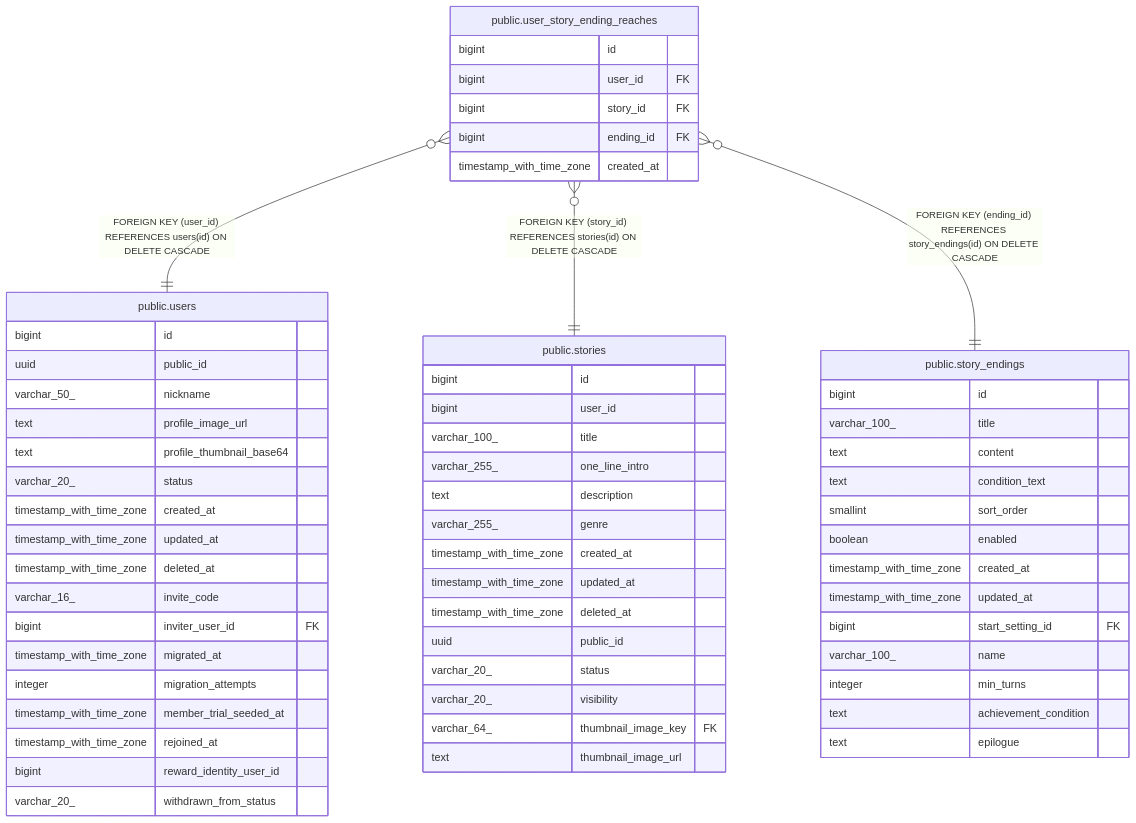
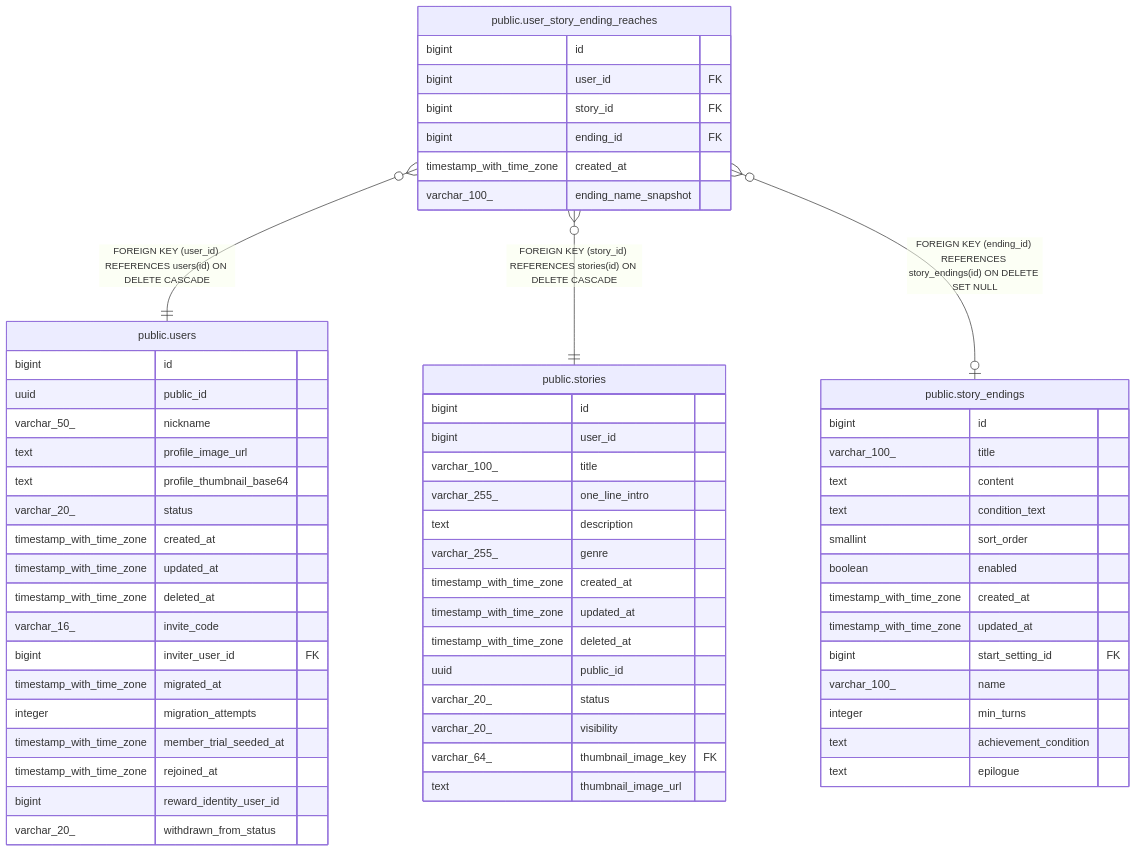
Before and after one commit to KIM-N-KANG/manyak-server: the diagram in dbdoc/public.user_story_ending_reaches.md, drawn with Mermaid. The commit also changed other lines of this file and 47 other files, not shown here.

````diff
--- a/dbdoc/public.user_story_ending_reaches.md
+++ b/dbdoc/public.user_story_ending_reaches.md
@@ -33,65 +34,66 @@
 ```mermaid
 erDiagram
 
 "public.user_story_ending_reaches" }o--|| "public.users" : "FOREIGN KEY (user_id) REFERENCES users(id) ON DELETE CASCADE"
 "public.user_story_ending_reaches" }o--|| "public.stories" : "FOREIGN KEY (story_id) REFERENCES stories(id) ON DELETE CASCADE"
-"public.user_story_ending_reaches" }o--|| "public.story_endings" : "FOREIGN KEY (ending_id) REFERENCES story_endings(id) ON DELETE CASCADE"
+"public.user_story_ending_reaches" }o--o| "public.story_endings" : "FOREIGN KEY (ending_id) REFERENCES story_endings(id) ON DELETE SET NULL"
 
 "public.user_story_ending_reaches" {
   bigint id
   bigint user_id FK
   bigint story_id FK
   bigint ending_id FK
   timestamp_with_time_zone created_at
+  varchar_100_ ending_name_snapshot
 }
 "public.users" {
   bigint id
   uuid public_id
   varchar_50_ nickname
   text profile_image_url
   text profile_thumbnail_base64
   varchar_20_ status
   timestamp_with_time_zone created_at
   timestamp_with_time_zone updated_at
   timestamp_with_time_zone deleted_at
   varchar_16_ invite_code
   bigint inviter_user_id FK
   timestamp_with_time_zone migrated_at
   integer migration_attempts
   timestamp_with_time_zone member_trial_seeded_at
   timestamp_with_time_zone rejoined_at
   bigint reward_identity_user_id
   varchar_20_ withdrawn_from_status
 }
 "public.stories" {
   bigint id
   bigint user_id
   varchar_100_ title
   varchar_255_ one_line_intro
   text description
   varchar_255_ genre
   timestamp_with_time_zone created_at
   timestamp_with_time_zone updated_at
   timestamp_with_time_zone deleted_at
   uuid public_id
   varchar_20_ status
   varchar_20_ visibility
   varchar_64_ thumbnail_image_key FK
   text thumbnail_image_url
 }
 "public.story_endings" {
   bigint id
   varchar_100_ title
   text content
   text condition_text
   smallint sort_order
   boolean enabled
   timestamp_with_time_zone created_at
   timestamp_with_time_zone updated_at
   bigint start_setting_id FK
   varchar_100_ name
   integer min_turns
   text achievement_condition
   text epilogue
 }
 ```
````
